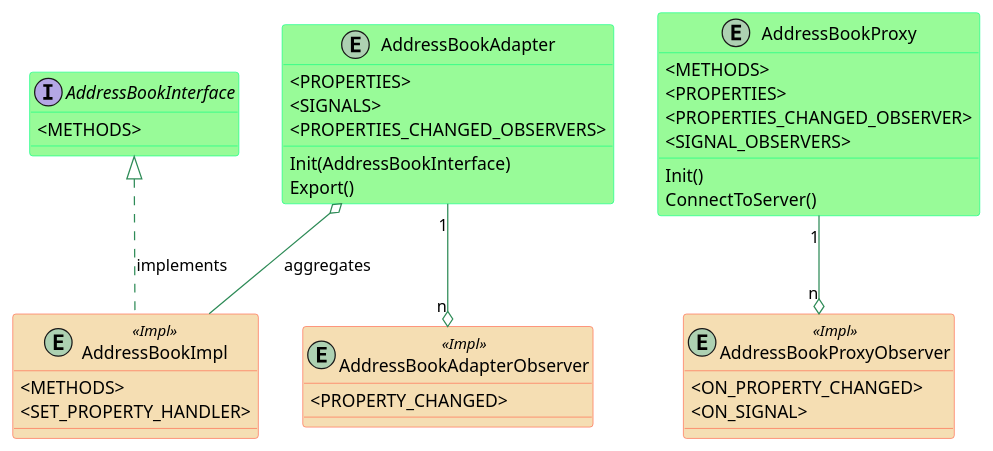
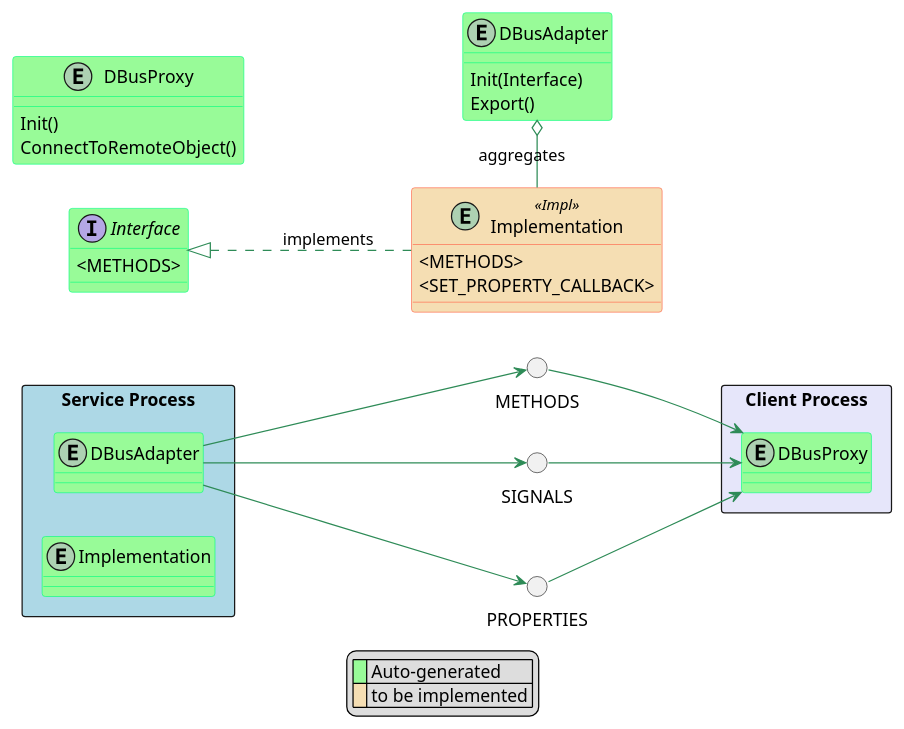
One commit to idleroamer/goqface changed the diagram in assets/class-hierarchy.puml. Above: the diagram before and after it, drawn with PlantUML. The commit also changed 11 other files, not shown here.

Commit message:
- Update documentation - Move interfaces to another file - More guards around insertion/deletion of observers   in objectManager

```diff
--- a/assets/class-hierarchy.puml
+++ b/assets/class-hierarchy.puml
@@ -1,50 +1,64 @@
 @startuml
 skinparam class {
 BackgroundColor PaleGreen
 ArrowColor SeaGreen
 BorderColor SpringGreen
 BackgroundColor<<Impl>> Wheat
 BorderColor<<Impl>> Tomato
 }
 
-interface AddressBookInterface {
+package "Client Process" <<Rectangle>> #Lavender {
+  entity DBusProxy
+}
+
+package "Service Process" <<Rectangle>> #LightBlue {
+  entity DBusAdapter
+  entity Implementation
+}
+
+interface Interface {
  <METHODS> 
 }
 
-entity AddressBookAdapter {
- Init(AddressBookInterface)
- Export()
- <PROPERTIES>
- <SIGNALS>
- <PROPERTIES_CHANGED_OBSERVERS>
+left to right direction
+
+together {
+() METHODS
+() SIGNALS
+() PROPERTIES
 }
 
-entity AddressBookAdapterObserver <<Impl>> {
- <PROPERTY_CHANGED>
+DBusAdapter -> METHODS
+DBusAdapter --> SIGNALS
+DBusAdapter --> PROPERTIES
+
+METHODS -> DBusProxy 
+SIGNALS --> DBusProxy 
+PROPERTIES --> DBusProxy 
+
+entity DBusAdapter {
+ Init(Interface)
+ Export()
 }
 
-entity AddressBookProxy {
+entity DBusProxy {
  Init()
- ConnectToServer()
- <METHODS>
- <PROPERTIES>
- <PROPERTIES_CHANGED_OBSERVER>
- <SIGNAL_OBSERVERS>
+ ConnectToRemoteObject()
 }
 
-entity AddressBookProxyObserver <<Impl>> {
- <ON_PROPERTY_CHANGED>
- <ON_SIGNAL>
+entity Implementation <<Impl>> {
+ <METHODS>
+ <SET_PROPERTY_CALLBACK>
 }
 
-entity AddressBookImpl <<Impl>> {
- <METHODS>
- <SET_PROPERTY_HANDLER>
-}
-AddressBookInterface <|.. AddressBookImpl : implements
-AddressBookAdapter o-- AddressBookImpl: aggregates
 
-AddressBookProxy "1" --o "n" AddressBookProxyObserver
-AddressBookAdapter "1" --o "n" AddressBookAdapterObserver
+Interface <|.. Implementation : implements
+DBusAdapter o- Implementation: aggregates
+
+
+legend
+|<back:PaleGreen>   </back>| Auto-generated |
+|<back:Wheat>   </back>| to be implemented |
+endlegend
 
 @enduml
```
